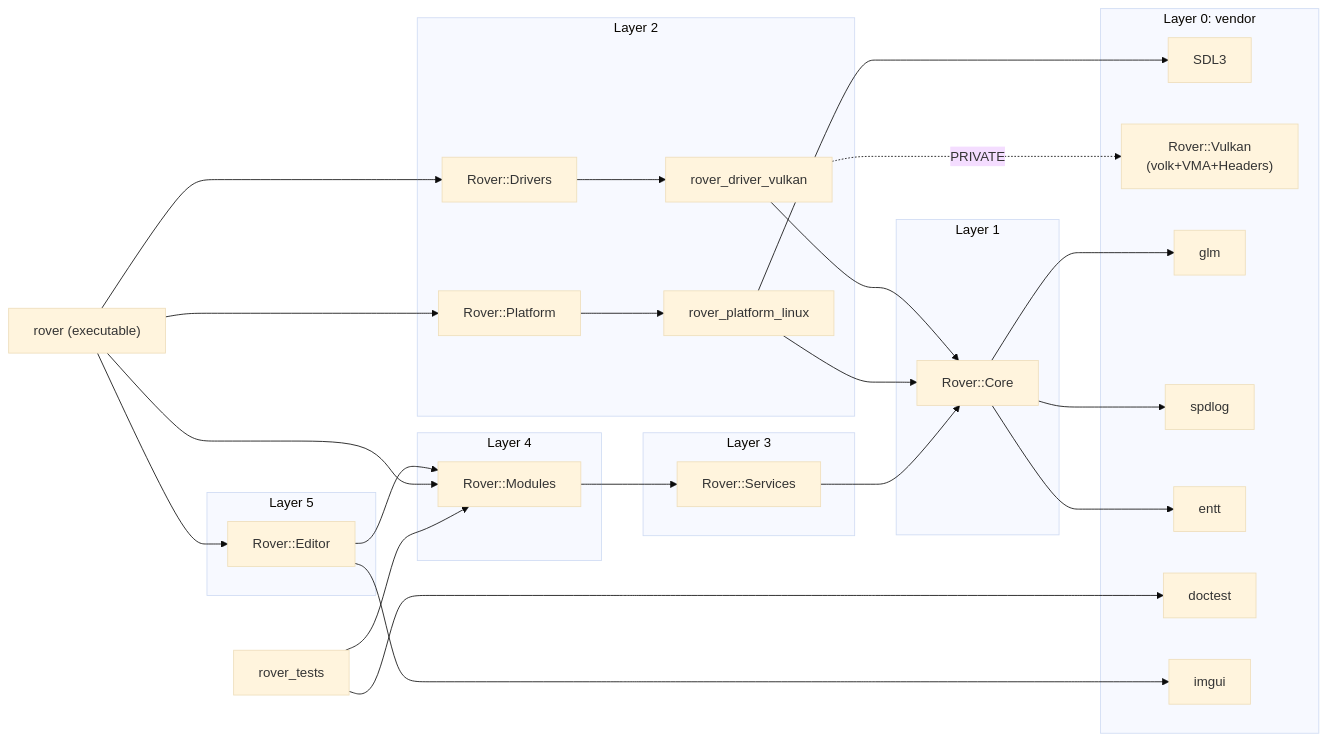
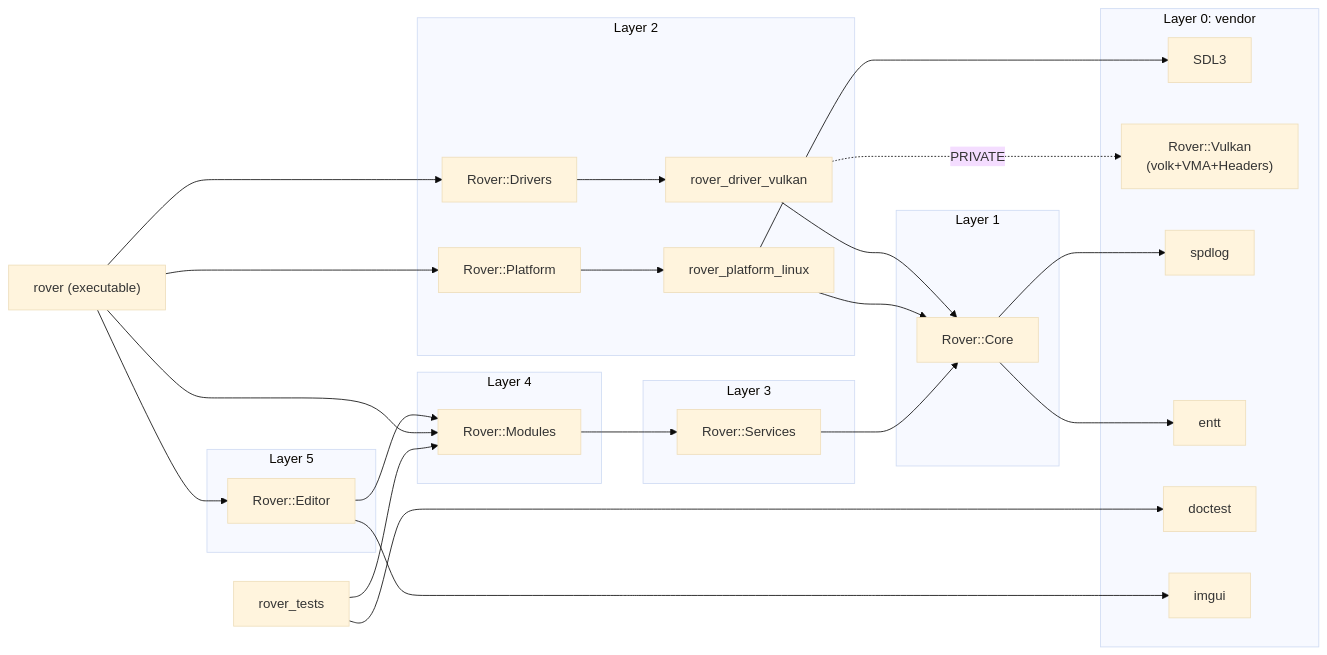
The diagram in docs/standard/DEPENDENCIES.md (Furry-Monster/Rover), drawn with Mermaid (base theme) before and after one commit. The commit also changed other lines of this file and 14 other files, not shown here.

First line of the commit message:
refactor: remove glm dependency from core math types and implement custom math structures

````diff
--- a/docs/standard/DEPENDENCIES.md
+++ b/docs/standard/DEPENDENCIES.md
@@ -127,63 +128,61 @@
 ```mermaid
 graph LR
     subgraph "Layer 0: vendor"
         SDL3
         Vulkan["Rover::Vulkan<br/>(volk+VMA+Headers)"]
-        glm
         spdlog
         entt
         doctest
         imgui
     end
 
     subgraph "Layer 1"
         Core["Rover::Core"]
     end
 
     subgraph "Layer 2"
         DrvVk["rover_driver_vulkan"]
         Drivers["Rover::Drivers"]
         PltLinux["rover_platform_linux"]
         Platform["Rover::Platform"]
     end
 
     subgraph "Layer 3"
         Services["Rover::Services"]
     end
 
     subgraph "Layer 4"
         Modules["Rover::Modules"]
     end
 
     subgraph "Layer 5"
         Editor["Rover::Editor"]
     end
 
     Main["rover (executable)"]
     Tests["rover_tests"]
 
     Core --> spdlog
-    Core --> glm
     Core --> entt
 
     DrvVk -.PRIVATE.-> Vulkan
     DrvVk --> Core
     Drivers --> DrvVk
 
     PltLinux --> Core
     PltLinux --> SDL3
     Platform --> PltLinux
 
     Services --> Core
     Modules --> Services
     Editor --> Modules
     Editor --> imgui
 
     Main --> Editor
     Main --> Drivers
     Main --> Platform
     Main --> Modules
 
     Tests --> Modules
     Tests --> doctest
 ```
````
